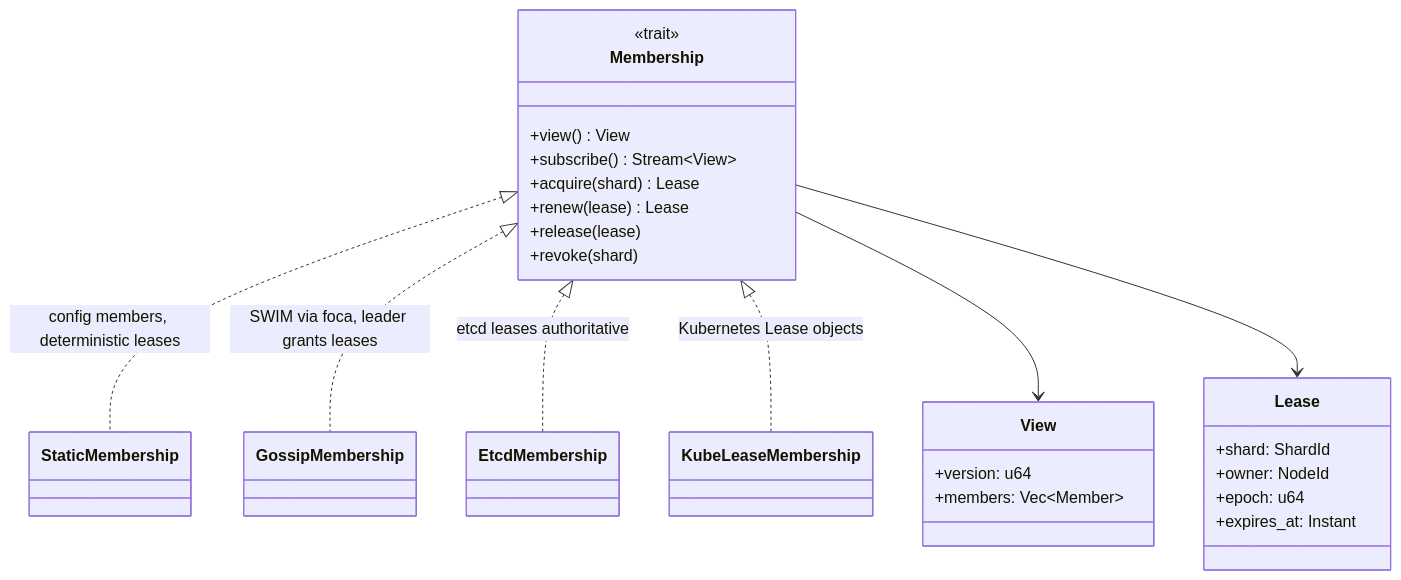
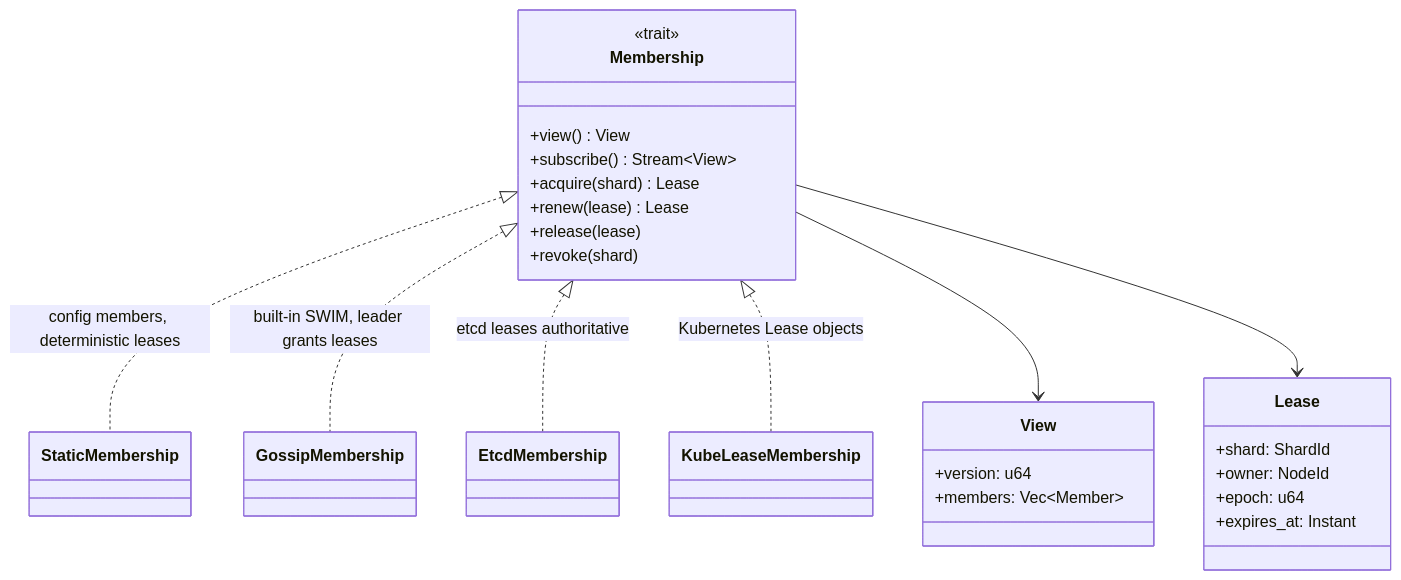
The second of 14 diagrams in tg.md/views/distribution.md (Volland/vertep), drawn with Mermaid before and after one commit. The commit also changed other lines of this file and 9 other files, not shown here.

First line of the commit message:
Bring the architecture views in line with the code

````diff
--- a/tg.md/views/distribution.md
+++ b/tg.md/views/distribution.md
@@ -70,32 +70,32 @@
 ```mermaid
 classDiagram
     class Membership {
         <<trait>>
         +view() View
         +subscribe() Stream~View~
         +acquire(shard) Lease
         +renew(lease) Lease
         +release(lease)
         +revoke(shard)
     }
     class View {
         +version: u64
         +members: Vec~Member~
     }
     class Lease {
         +shard: ShardId
         +owner: NodeId
         +epoch: u64
         +expires_at: Instant
     }
     class StaticMembership
     class GossipMembership
     class EtcdMembership
     class KubeLeaseMembership
     Membership <|.. StaticMembership : config members, deterministic leases
-    Membership <|.. GossipMembership : SWIM via foca, leader grants leases
+    Membership <|.. GossipMembership : built-in SWIM, leader grants leases
     Membership <|.. EtcdMembership : etcd leases authoritative
     Membership <|.. KubeLeaseMembership : Kubernetes Lease objects
     Membership --> View
     Membership --> Lease
 ```
````
